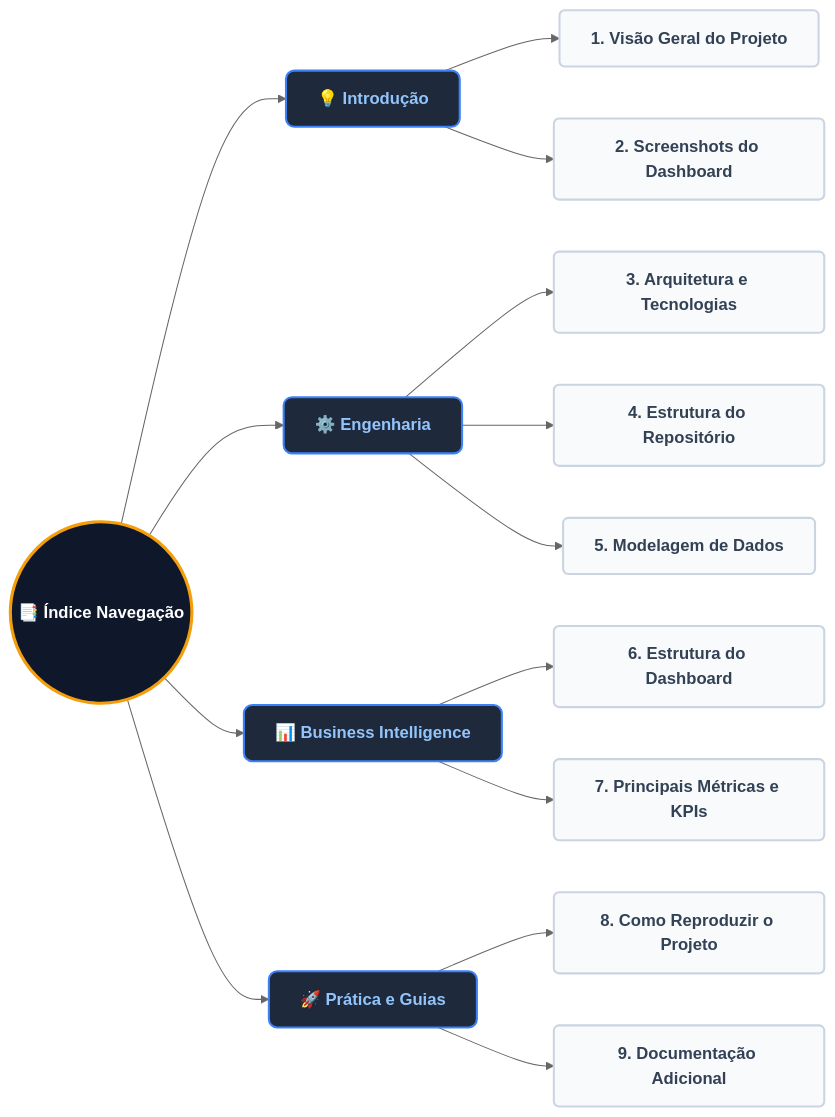
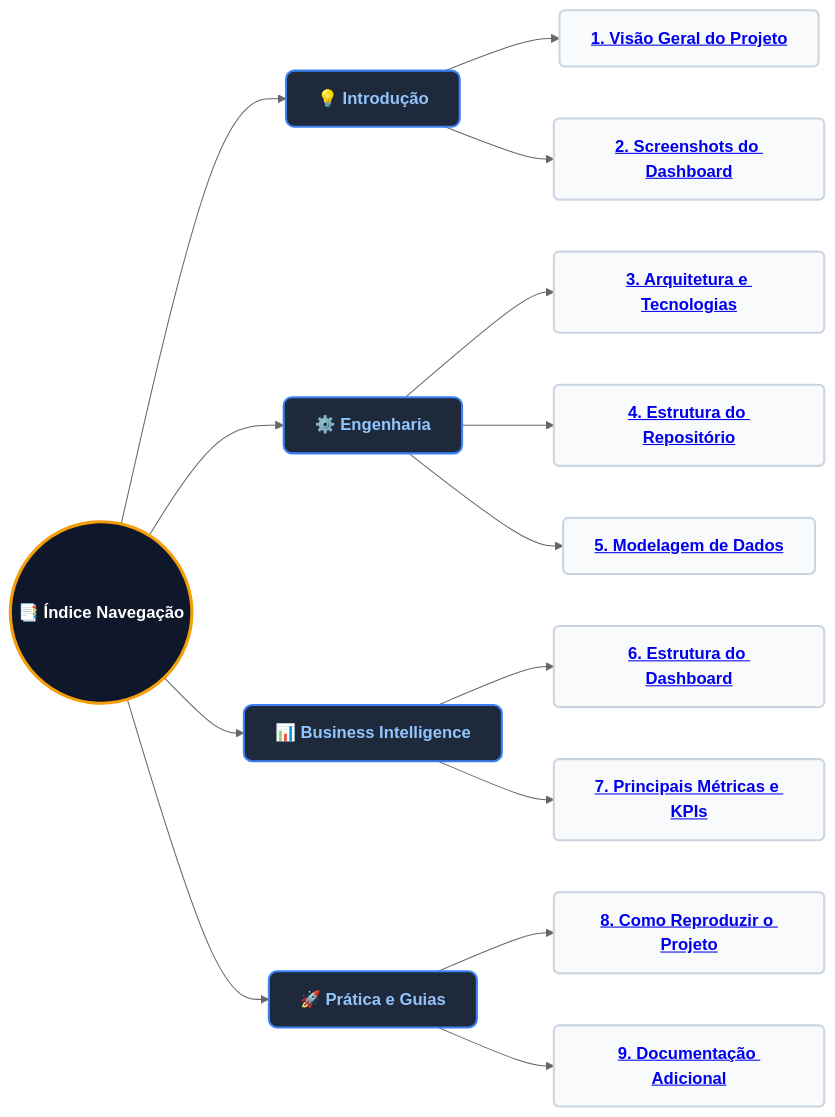
Before and after one commit to Igor-Scalzer010/Sales-Analytics: the first of 9 diagrams in README.md, drawn with Mermaid (neutral theme).

Commit message:
Corrigindo o índice do README.md

````diff
--- a/README.md
+++ b/README.md
@@ -11,61 +11,50 @@
 ```mermaid
 flowchart LR
   %% Nó Central
   Root(("📑 Índice Navegação"))
 
   %% Grupos Lógicos
   G1["💡 Introdução"]
   G2["⚙️ Engenharia"]
   G3["📊 Business Intelligence"]
   G4["🚀 Prática e Guias"]
 
   %% Itens do Índice
-  I1["1. Visão Geral do Projeto"]
-  I2["2. Screenshots do Dashboard"]
-  I3["3. Arquitetura e Tecnologias"]
-  I4["4. Estrutura do Repositório"]
-  I5["5. Modelagem de Dados"]
-  I6["6. Estrutura do Dashboard"]
-  I7["7. Principais Métricas e KPIs"]
-  I8["8. Como Reproduzir o Projeto"]
-  I9["9. Documentação Adicional"]
+  I1["<a href='#1-visão-geral-do-projeto'>1. Visão Geral do Projeto</a>"]
+  I2["<a href='#2-screenshots-do-dashboard'>2. Screenshots do Dashboard</a>"]
+  I3["<a href='#3-arquitetura-e-tecnologias'>3. Arquitetura e Tecnologias</a>"]
+  I4["<a href='#4-estrutura-do-repositório'>4. Estrutura do Repositório</a>"]
+  I5["<a href='#5-modelagem-de-dados'>5. Modelagem de Dados</a>"]
+  I6["<a href='#6-estrutura-do-dashboard'>6. Estrutura do Dashboard</a>"]
+  I7["<a href='#7-principais-métricas-e-kpis'>7. Principais Métricas e KPIs</a>"]
+  I8["<a href='#8-como-reproduzir-o-projeto'>8. Como Reproduzir o Projeto</a>"]
+  I9["<a href='#9-documentação-adicional'>9. Documentação Adicional</a>"]
 
   %% Conexões
   Root --> G1
   Root --> G2
   Root --> G3
   Root --> G4
 
   G1 --> I1
   G1 --> I2
   
   G2 --> I3
   G2 --> I4
   G2 --> I5
   
   G3 --> I6
   G3 --> I7
   
   G4 --> I8
   G4 --> I9
 
-  %% Links de Navegação (Clicáveis)
-  click I1 "#1-visão-geral-do-projeto"
-  click I2 "#2-screenshots-do-dashboard"
-  click I3 "#3-arquitetura-e-tecnologias"
-  click I4 "#4-estrutura-do-repositório"
-  click I5 "#5-modelagem-de-dados"
-  click I6 "#6-estrutura-do-dashboard"
-  click I7 "#7-principais-métricas-e-kpis"
-  click I8 "#8-como-reproduzir-o-projeto"
-  click I9 "#9-documentação-adicional"
-
   %% Estilização Elegante
   classDef root fill:#0F172A,stroke:#F59E0B,stroke-width:3px,color:#FFFFFF,font-weight:bold;
   classDef group fill:#1E293B,stroke:#3B82F6,stroke-width:2px,color:#93C5FD,font-weight:bold,rx:8,ry:8;
   classDef item fill:#F8FAFC,stroke:#CBD5E1,stroke-width:2px,color:#334155,rx:5,ry:5,cursor:pointer;
 
   class Root root;
   class G1,G2,G3,G4 group;
   class I1,I2,I3,I4,I5,I6,I7,I8,I9 item;
 ```
````
